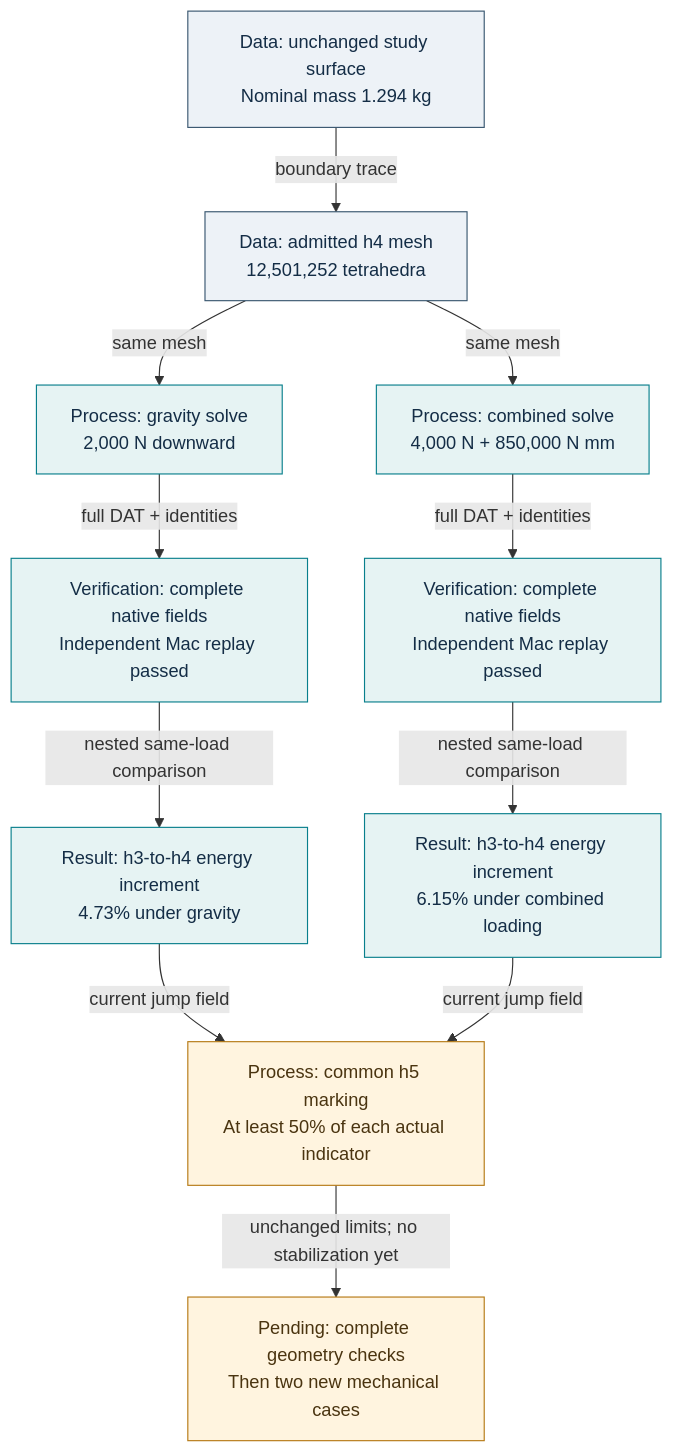
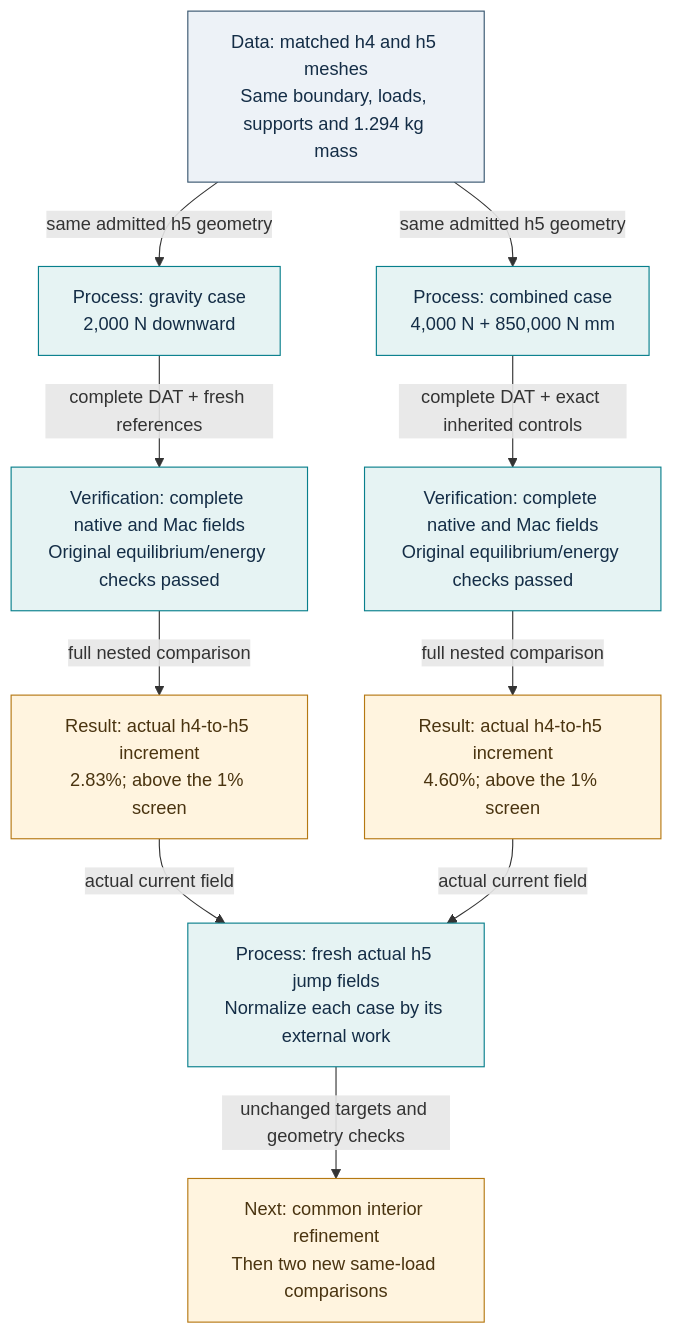
The third of 4 diagrams in docs/reports/carrier-current-mechanics-20261104.md (cluster2600/porscheparts), drawn with Mermaid before and after one commit. The commit also changed other lines of this file and 4 other files, not shown here.

Commit message:
Document complete dual-load h5 comparisons and evidence recovery

````diff
--- a/docs/reports/carrier-current-mechanics-20261104.md
+++ b/docs/reports/carrier-current-mechanics-20261104.md
@@ -1026,29 +1146,27 @@
 ```mermaid
 flowchart TB
-    GEOM["Data: unchanged study surface<br/>Nominal mass 1.294 kg"]
-    H4["Data: admitted h4 mesh<br/>12,501,252 tetrahedra"]
-    G["Process: gravity solve<br/>2,000 N downward"]
-    C["Process: combined solve<br/>4,000 N + 850,000 N mm"]
-    RG["Verification: complete native fields<br/>Independent Mac replay passed"]
-    RC["Verification: complete native fields<br/>Independent Mac replay passed"]
-    EG["Result: h3-to-h4 energy increment<br/>4.73% under gravity"]
-    EC["Result: h3-to-h4 energy increment<br/>6.15% under combined loading"]
-    JOINT["Process: common h5 marking<br/>At least 50% of each actual indicator"]
-    NEXT["Pending: complete geometry checks<br/>Then two new mechanical cases"]
-    GEOM -->|"boundary trace"| H4
-    H4 -->|"same mesh"| G
-    H4 -->|"same mesh"| C
-    G -->|"full DAT + identities"| RG
-    C -->|"full DAT + identities"| RC
-    RG -->|"nested same-load comparison"| EG
-    RC -->|"nested same-load comparison"| EC
-    EG -->|"current jump field"| JOINT
-    EC -->|"current jump field"| JOINT
-    JOINT -->|"unchanged limits; no stabilization yet"| NEXT
+    M["Data: matched h4 and h5 meshes<br/>Same boundary, loads, supports and 1.294 kg mass"]
+    G["Process: gravity case<br/>2,000 N downward"]
+    C["Process: combined case<br/>4,000 N + 850,000 N mm"]
+    VG["Verification: complete native and Mac fields<br/>Original equilibrium/energy checks passed"]
+    VC["Verification: complete native and Mac fields<br/>Original equilibrium/energy checks passed"]
+    EG["Result: actual h4-to-h5 increment<br/>2.83%; above the 1% screen"]
+    EC["Result: actual h4-to-h5 increment<br/>4.60%; above the 1% screen"]
+    J["Process: fresh actual h5 jump fields<br/>Normalize each case by its external work"]
+    NEXT["Next: common interior refinement<br/>Then two new same-load comparisons"]
+    M -->|"same admitted h5 geometry"| G
+    M -->|"same admitted h5 geometry"| C
+    G -->|"complete DAT + fresh references"| VG
+    C -->|"complete DAT + exact inherited controls"| VC
+    VG -->|"full nested comparison"| EG
+    VC -->|"full nested comparison"| EC
+    EG -->|"actual current field"| J
+    EC -->|"actual current field"| J
+    J -->|"unchanged targets and geometry checks"| NEXT
     classDef data fill:#edf2f7,stroke:#38566f,color:#142d46
     classDef verified fill:#e6f3f3,stroke:#087f8c,color:#142d46
     classDef pending fill:#fff4df,stroke:#b57812,color:#4a3410
-    class GEOM,H4 data
-    class G,C,RG,RC,EG,EC verified
-    class JOINT,NEXT pending
+    class M data
+    class G,C,VG,VC,J verified
+    class EG,EC,NEXT pending
 ```
````
